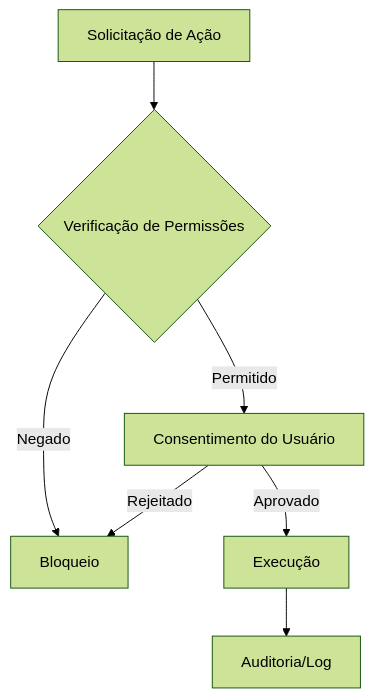
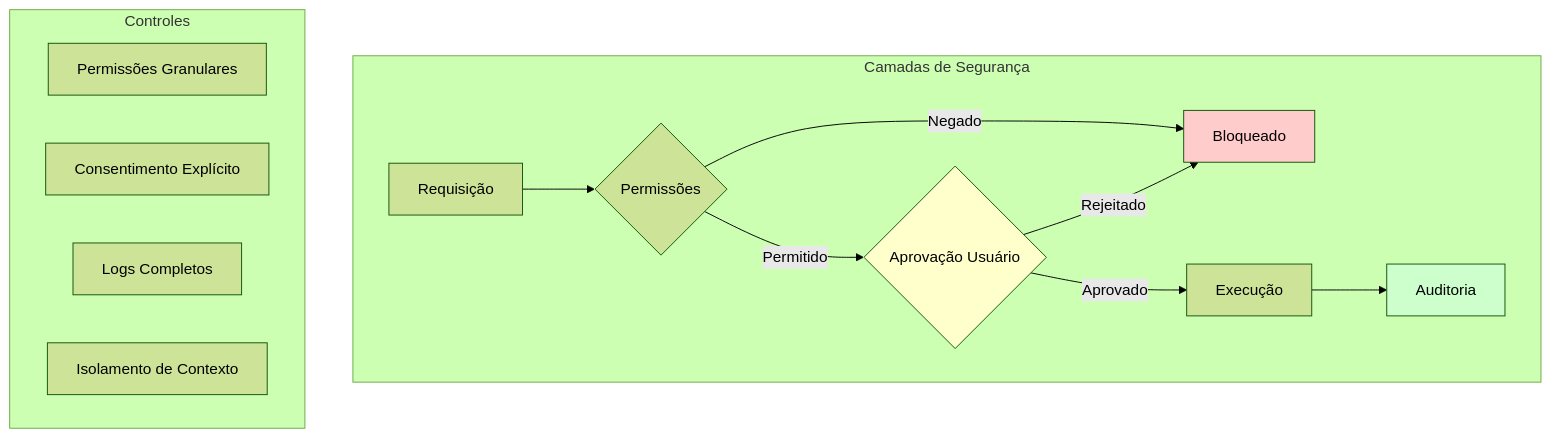
Diagram 11 of 16 in AI/Comunicação/MCP/00-mcp-presentation-zero to hero.md (felipepimentel/my-public-notes), drawn with Mermaid (forest theme) before and after one commit. The commit also changed other lines of this file, not shown here.

````diff
--- a/AI/Comunicação/MCP/00-mcp-presentation-zero to hero.md
+++ b/AI/Comunicação/MCP/00-mcp-presentation-zero to hero.md
@@ -322,9 +287,22 @@
 ```mermaid
 graph TD
-    A[Solicitação de Ação] --> B{Verificação de Permissões}
-    B -->|Permitido| C[Consentimento do Usuário]
-    B -->|Negado| D[Bloqueio]
-    C -->|Aprovado| E[Execução]
-    C -->|Rejeitado| D
-    E --> F[Auditoria/Log]
+    subgraph "Camadas de Segurança"
+        A[Requisição] --> B{Permissões}
+        B -->|Permitido| C{Aprovação Usuário}
+        B -->|Negado| X[Bloqueado]
+        C -->|Aprovado| D[Execução]
+        C -->|Rejeitado| X
+        D --> E[Auditoria]
+    end
+    
+    subgraph "Controles"
+        F[Permissões Granulares]
+        G[Consentimento Explícito]
+        H[Logs Completos]
+        I[Isolamento de Contexto]
+    end
+    
+    style C fill:#ffffcc
+    style X fill:#ffcccc
+    style E fill:#ccffcc
 ```
````
